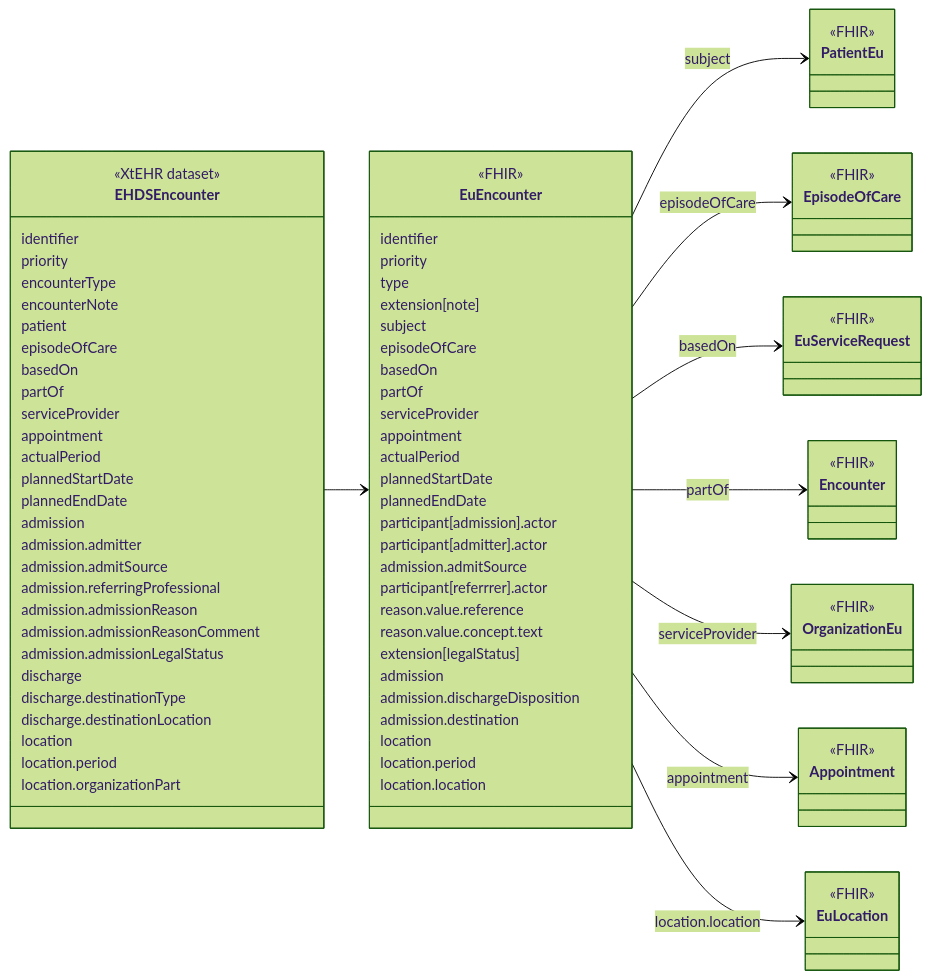
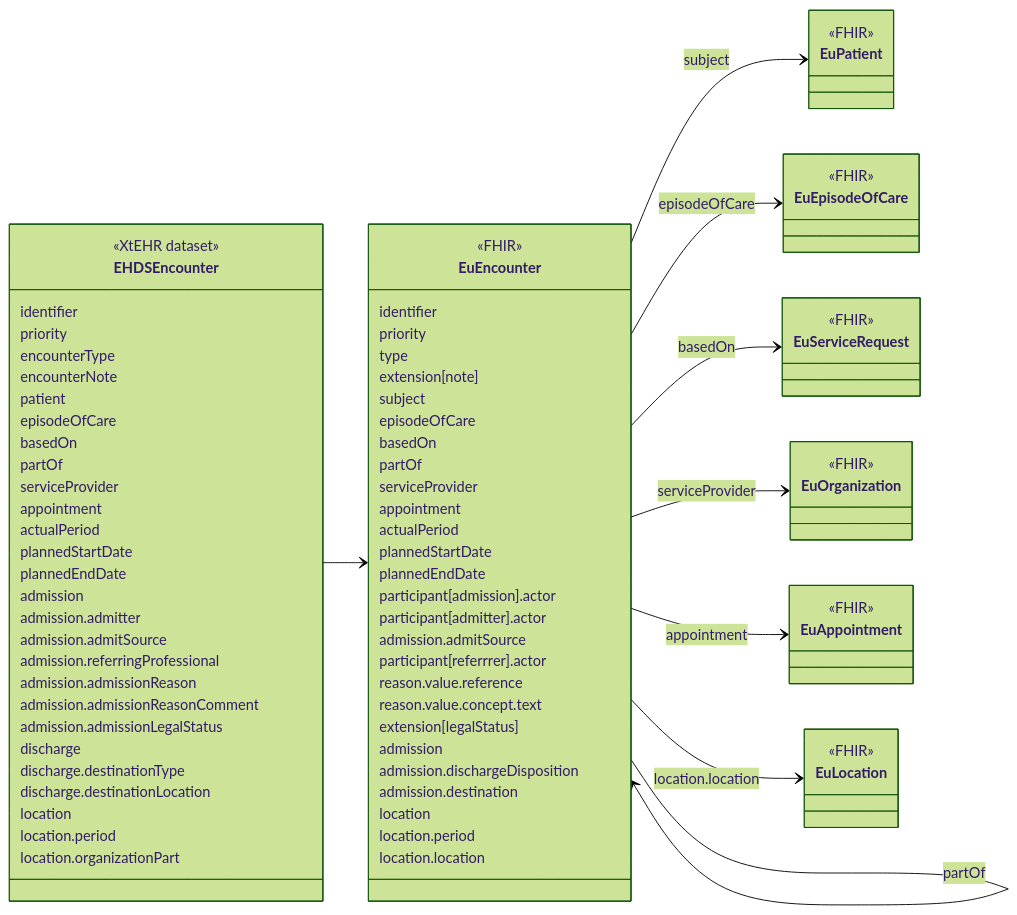
The diagram in input/intro-notes/ConceptMap-EHDSEncounterMap-intro.md (oijauregui/ehdsimaging), drawn with Mermaid (forest theme) before and after one commit. The commit also changed 25 other files, not shown here.

````diff
--- a/input/intro-notes/ConceptMap-EHDSEncounterMap-intro.md
+++ b/input/intro-notes/ConceptMap-EHDSEncounterMap-intro.md
@@ -65,33 +65,33 @@
   location.location
 }
 
-class PatientEu {
+class EuPatient {
   <<FHIR>>
 }
-class EpisodeOfCare {
+class EuEpisodeOfCare {
   <<FHIR>>
 }
 class EuServiceRequest {
   <<FHIR>>
 }
-class Encounter {
+class EuEncounter {
   <<FHIR>>
 }
-class OrganizationEu {
+class EuOrganization {
   <<FHIR>>
 }
-class Appointment {
+class EuAppointment {
   <<FHIR>>
 }
 class EuLocation {
   <<FHIR>>
 }
 EHDSEncounter --> EuEncounter
-EuEncounter --> PatientEu : subject
-EuEncounter --> EpisodeOfCare : episodeOfCare
+EuEncounter --> EuPatient : subject
+EuEncounter --> EuEpisodeOfCare : episodeOfCare
 EuEncounter --> EuServiceRequest : basedOn
-EuEncounter --> Encounter : partOf
-EuEncounter --> OrganizationEu : serviceProvider
-EuEncounter --> Appointment : appointment
+EuEncounter --> EuEncounter : partOf
+EuEncounter --> EuOrganization : serviceProvider
+EuEncounter --> EuAppointment : appointment
 EuEncounter --> EuLocation : location.location
 ```
````
